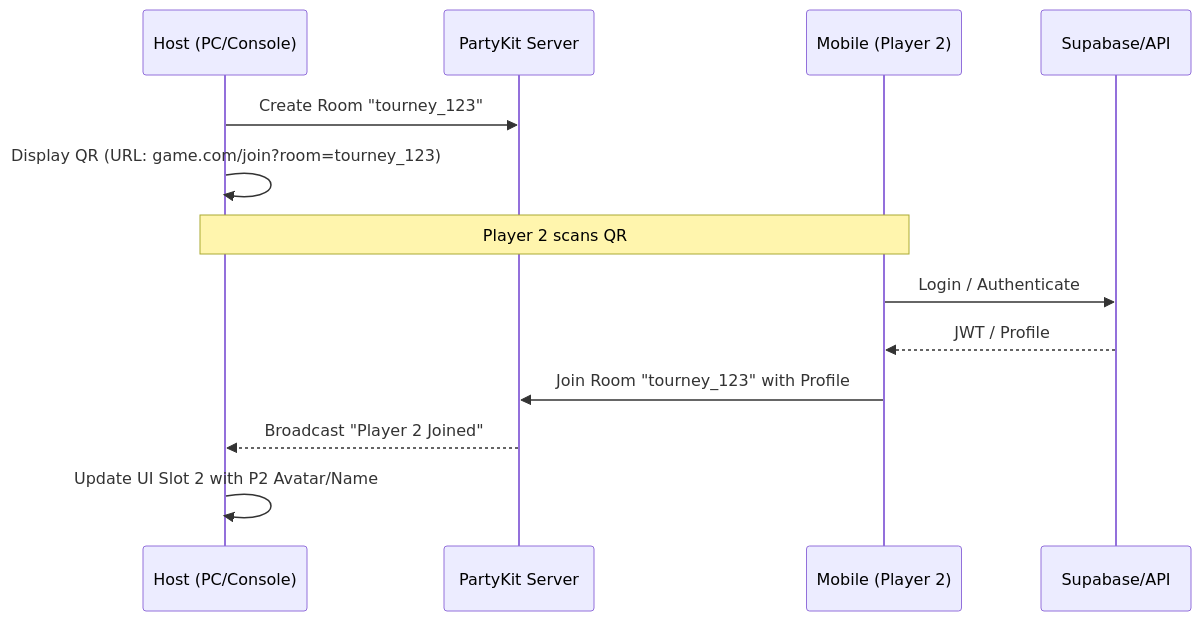
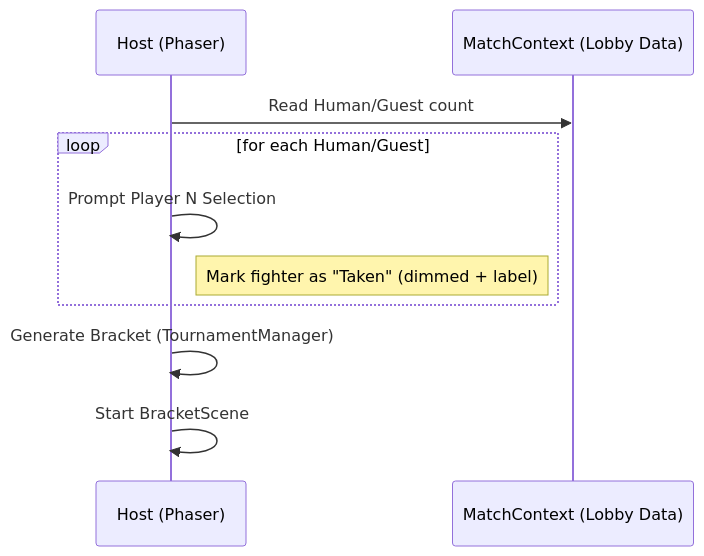
The second of 2 diagrams in docs/rfcs/0017-tournament-lobby-redesign.md (simon0191/a-los-traques), drawn with Mermaid before and after one commit. The commit also changed other lines of this file and 1 other file, not shown here.

Commit message:
docs: finalize tournament lobby RFC and apply project-wide formatting

````diff
--- a/docs/rfcs/0017-tournament-lobby-redesign.md
+++ b/docs/rfcs/0017-tournament-lobby-redesign.md
@@ -44,16 +51,13 @@
 ```mermaid
 sequenceDiagram
-    participant H as Host (PC/Console)
-    participant P as PartyKit Server
-    participant M as Mobile (Player 2)
-    participant S as Supabase/API
-
-    H->>P: Create Room "tourney_123"
-    H->>H: Display QR (URL: game.com/join?room=tourney_123)
-    Note over M,H: Player 2 scans QR
-    M->>S: Login / Authenticate
-    S-->>M: JWT / Profile
-    M->>P: Join Room "tourney_123" with Profile
-    P-->>H: Broadcast "Player 2 Joined"
-    H->>H: Update UI Slot 2 with P2 Avatar/Name
+    participant H as Host (Phaser)
+    participant L as MatchContext (Lobby Data)
+    
+    H->>L: Read Human/Guest count
+    Loop for each Human/Guest
+        H->>H: Prompt Player N Selection
+        Note right of H: Mark fighter as "Taken" (dimmed + label)
+    End
+    H->>H: Generate Bracket (TournamentManager)
+    H->>H: Start BracketScene
 ```
````
